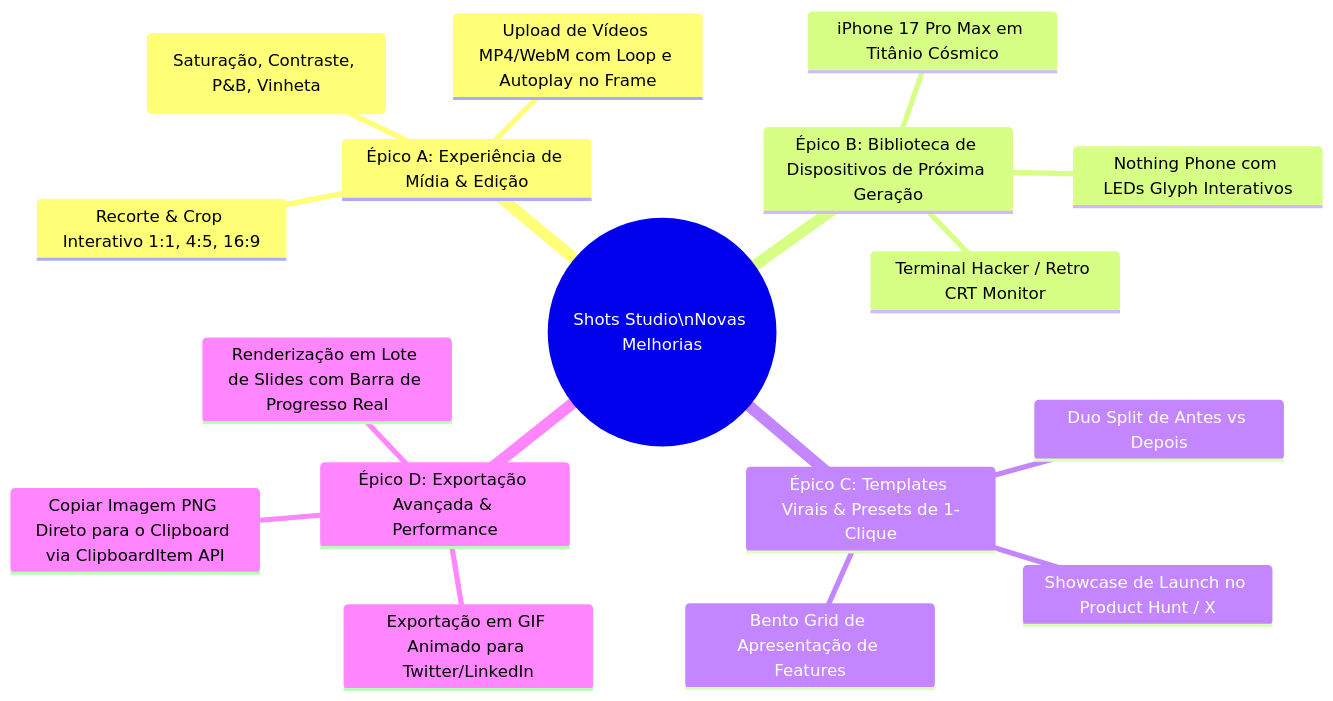
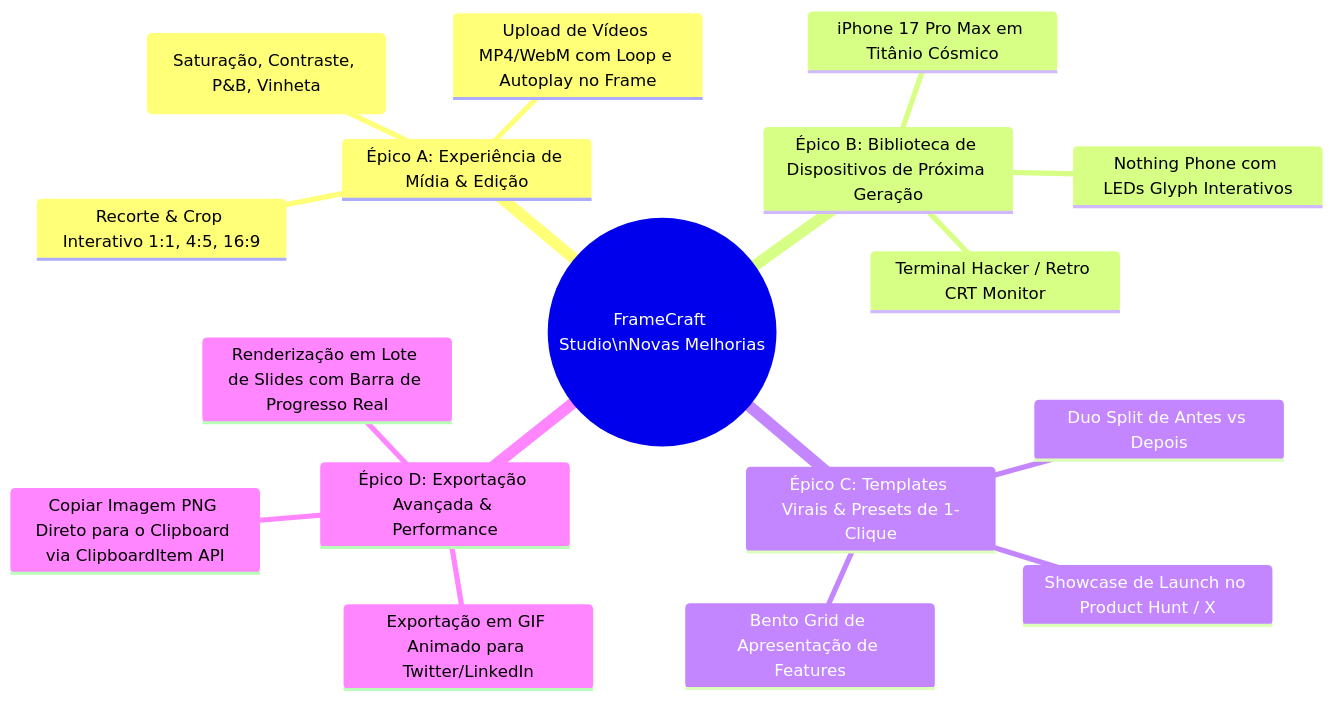
One commit to Henrique1601/shots-studio changed the first of 2 diagrams in .brain/08_IMPROVEMENT_PRD_V1_1.md. Above: the diagram before and after it, drawn with Mermaid. The commit also changed other lines of this file and 30 other files, not shown here.

Commit message:
feat(branding): rename application and all UI references to FrameCraft

````diff
--- a/.brain/08_IMPROVEMENT_PRD_V1_1.md
+++ b/.brain/08_IMPROVEMENT_PRD_V1_1.md
@@ -20,20 +20,20 @@
 ```mermaid
 mindmap
-  root((Shots Studio\nNovas Melhorias))
+  root((FrameCraft Studio\nNovas Melhorias))
     Épico A: Experiência de Mídia & Edição
       Recorte & Crop Interativo 1:1, 4:5, 16:9
       Filtros de Imagem ao Vivo (Saturação, Contraste, P&B, Vinheta)
       Upload de Vídeos MP4/WebM com Loop e Autoplay no Frame
     Épico B: Biblioteca de Dispositivos de Próxima Geração
       iPhone 17 Pro Max em Titânio Cósmico
       Nothing Phone com LEDs Glyph Interativos
       Terminal Hacker / Retro CRT Monitor
     Épico C: Templates Virais & Presets de 1-Clique
       Showcase de Launch no Product Hunt / X
       Duo Split de Antes vs Depois
       Bento Grid de Apresentação de Features
     Épico D: Exportação Avançada & Performance
       Exportação em GIF Animado para Twitter/LinkedIn
       Copiar Imagem PNG Direto para o Clipboard via ClipboardItem API
       Renderização em Lote de Slides com Barra de Progresso Real
 ```
````
